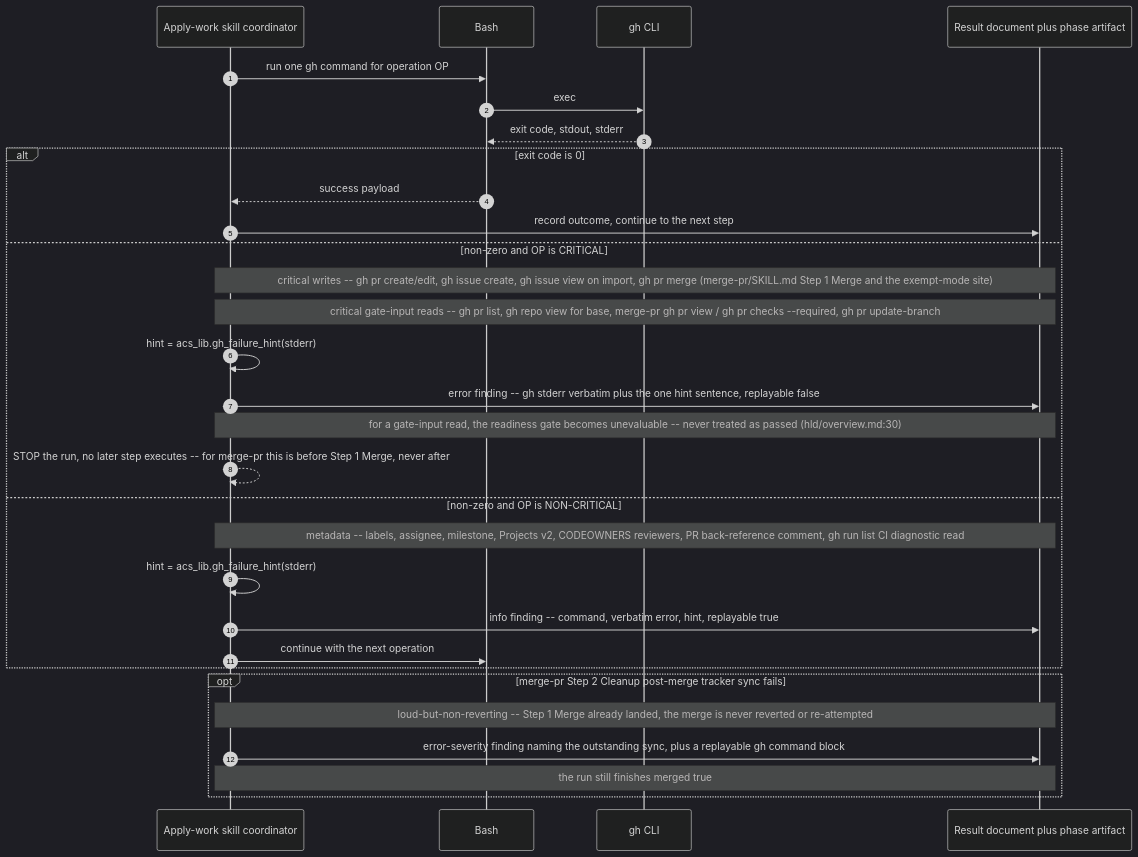
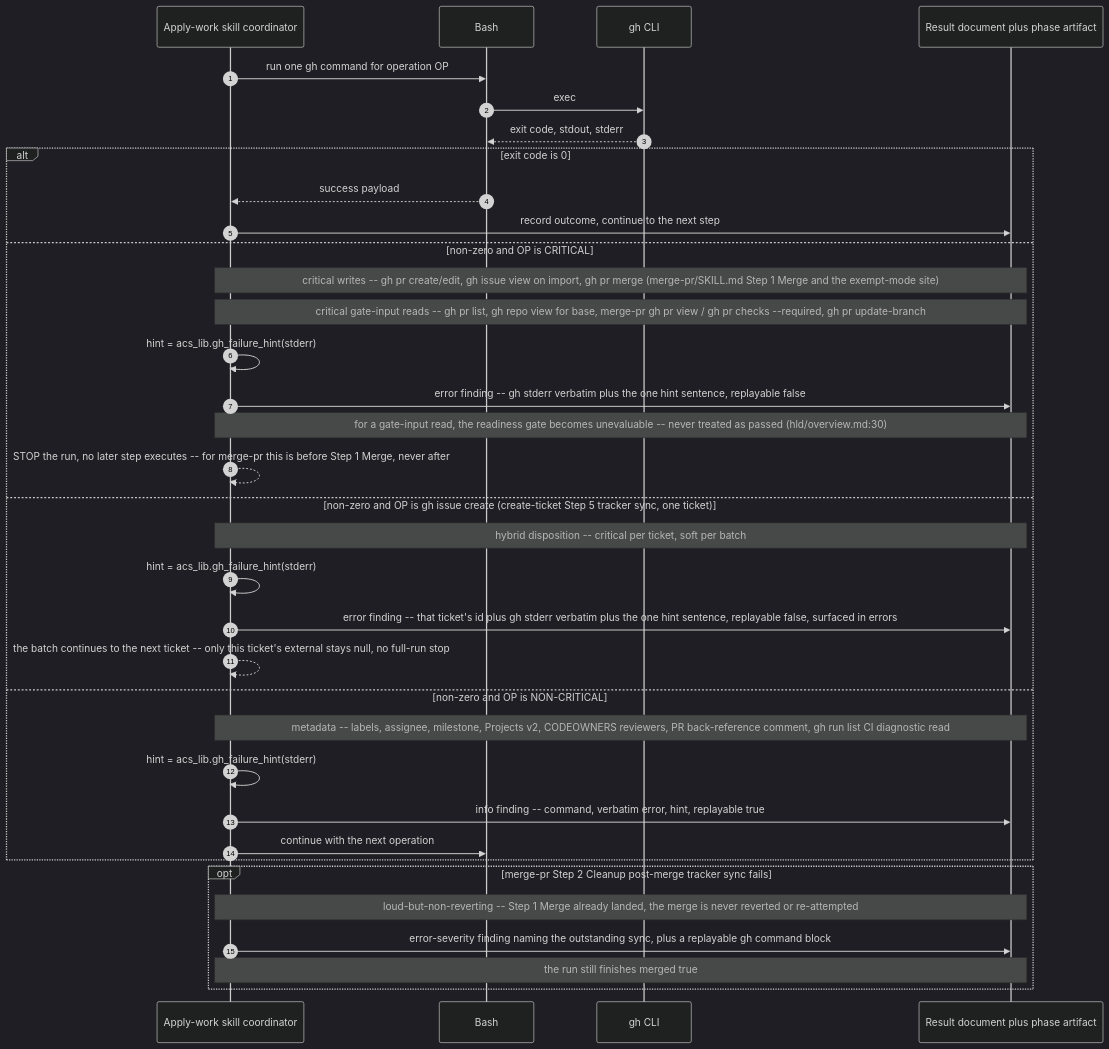
The diagram in docs/architecture/lld/flows/github-call-failure-policy.md (globalmindsolution/gms-marketplace), drawn with Mermaid (dark theme) before and after one commit. The commit also changed 5 other files, not shown here.

First line of the commit message:
MAR-403 propagate gh issue create's hybrid disposition to executor, ADR-0088, flow doc, changelog

````diff
--- a/docs/architecture/lld/flows/github-call-failure-policy.md
+++ b/docs/architecture/lld/flows/github-call-failure-policy.md
@@ -16,33 +16,38 @@
 ```mermaid
 sequenceDiagram
     autonumber
     participant SK as Apply-work skill coordinator
     participant SH as Bash
     participant GH as gh CLI
     participant RES as Result document plus phase artifact
 
     SK->>SH: run one gh command for operation OP
     SH->>GH: exec
     GH-->>SH: exit code, stdout, stderr
     alt exit code is 0
         SH-->>SK: success payload
         SK->>RES: record outcome, continue to the next step
     else non-zero and OP is CRITICAL
-        note over SK,RES: critical writes -- gh pr create/edit, gh issue create, gh issue view on import, gh pr merge (merge-pr/SKILL.md Step 1 Merge and the exempt-mode site)
+        note over SK,RES: critical writes -- gh pr create/edit, gh issue view on import, gh pr merge (merge-pr/SKILL.md Step 1 Merge and the exempt-mode site)
         note over SK,RES: critical gate-input reads -- gh pr list, gh repo view for base, merge-pr gh pr view / gh pr checks --required, gh pr update-branch
         SK->>SK: hint = acs_lib.gh_failure_hint(stderr)
         SK->>RES: error finding -- gh stderr verbatim plus the one hint sentence, replayable false
         note over SK,RES: for a gate-input read, the readiness gate becomes unevaluable -- never treated as passed (hld/overview.md:30)
         SK-->>SK: STOP the run, no later step executes -- for merge-pr this is before Step 1 Merge, never after
+    else non-zero and OP is gh issue create (create-ticket Step 5 tracker sync, one ticket)
+        note over SK,RES: hybrid disposition -- critical per ticket, soft per batch
+        SK->>SK: hint = acs_lib.gh_failure_hint(stderr)
+        SK->>RES: error finding -- that ticket's id plus gh stderr verbatim plus the one hint sentence, replayable false, surfaced in errors
+        SK-->>SK: the batch continues to the next ticket -- only this ticket's external stays null, no full-run stop
     else non-zero and OP is NON-CRITICAL
         note over SK,RES: metadata -- labels, assignee, milestone, Projects v2, CODEOWNERS reviewers, PR back-reference comment, gh run list CI diagnostic read
         SK->>SK: hint = acs_lib.gh_failure_hint(stderr)
         SK->>RES: info finding -- command, verbatim error, hint, replayable true
         SK->>SH: continue with the next operation
     end
     opt merge-pr Step 2 Cleanup post-merge tracker sync fails
         note over SK,RES: loud-but-non-reverting -- Step 1 Merge already landed, the merge is never reverted or re-attempted
         SK->>RES: error-severity finding naming the outstanding sync, plus a replayable gh command block
         note over SK,RES: the run still finishes merged true
     end
 ```
````
